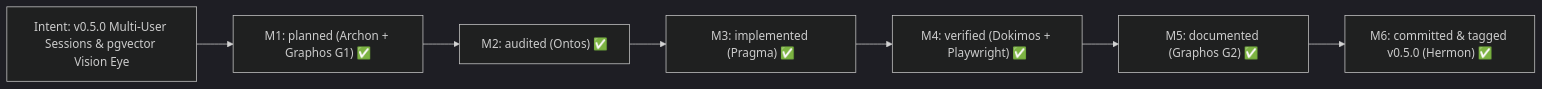
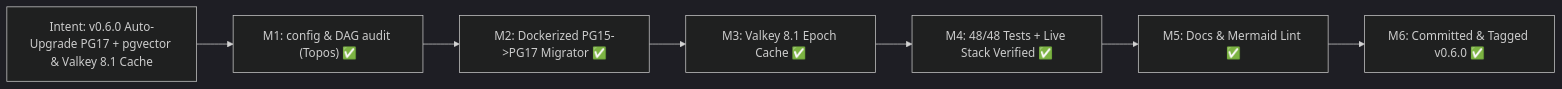
The first of 4 diagrams in README.md (ancrz/penpot-mcp-server), drawn with Mermaid (dark theme) before and after one commit. The commit also changed other lines of this file and 19 other files, not shown here.

Commit message:
feat(infra,cache): add dockerized PG17+pgvector auto-migrator and Valkey 8.1 epoch cache (v0.6.0)

````diff
--- a/README.md
+++ b/README.md
@@ -36,9 +37,9 @@
 ```mermaid
 flowchart LR
-    I["Intent: v0.5.0 Multi-User Sessions & pgvector Vision Eye"] --> M1["M1: planned (Archon + Graphos G1) ✅"]
-    M1 --> M2["M2: audited (Ontos) ✅"]
-    M2 --> M3["M3: implemented (Pragma) ✅"]
-    M3 --> M4["M4: verified (Dokimos + Playwright) ✅"]
-    M4 --> M5["M5: documented (Graphos G2) ✅"]
-    M5 --> M6["M6: committed & tagged v0.5.0 (Hermon) ✅"]
+    I["Intent: v0.6.0 Auto-Upgrade PG17 + pgvector & Valkey 8.1 Cache"] --> M1["M1: config & DAG audit (Topos) ✅"]
+    M1 --> M2["M2: Dockerized PG15->PG17 Migrator ✅"]
+    M2 --> M3["M3: Valkey 8.1 Epoch Cache ✅"]
+    M3 --> M4["M4: 48/48 Tests + Live Stack Verified ✅"]
+    M4 --> M5["M5: Docs & Mermaid Lint ✅"]
+    M5 --> M6["M6: Committed & Tagged v0.6.0 ✅"]
 ```
````
